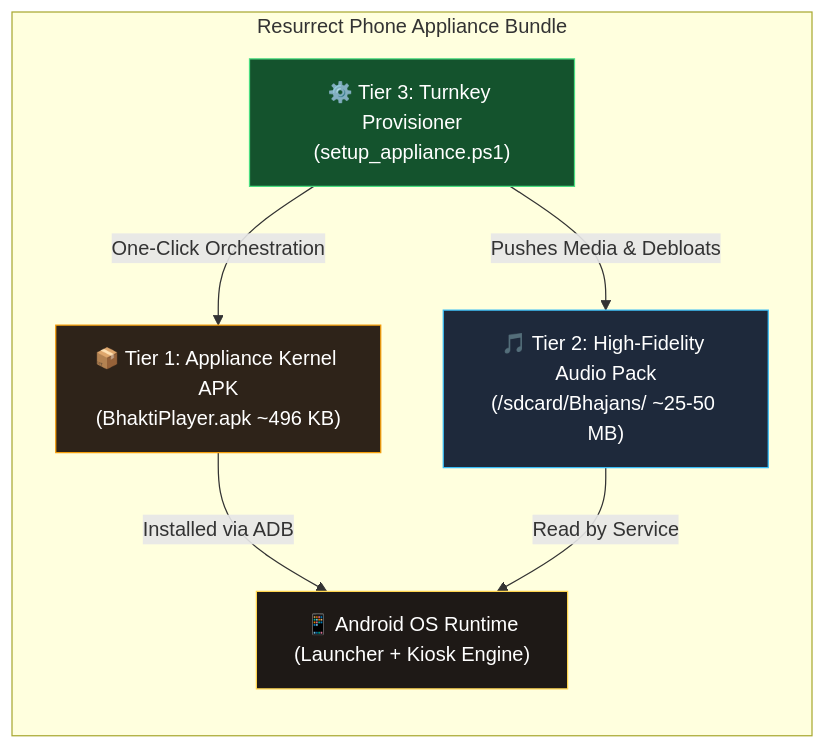
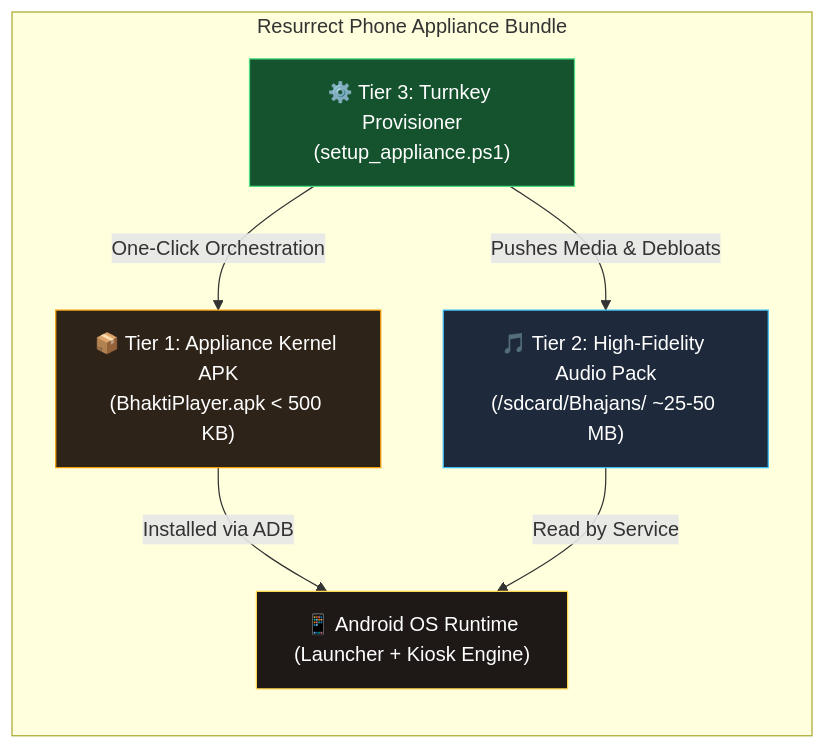
One commit to SGajjar24/resurrect-phone changed the second of 3 diagrams in README.md. Above: the diagram before and after it, drawn with Mermaid. The commit also changed other lines of this file and 2 other files, not shown here.

Commit message:
docs: add comprehensive from-scratch zero-to-appliance guide and interactive onboarding

````diff
--- a/README.md
+++ b/README.md
@@ -51,15 +52,15 @@
 ```mermaid
 flowchart TD
     subgraph "Resurrect Phone Appliance Bundle"
         direction TB
-        A["📦 Tier 1: Appliance Kernel APK<br/>(BhaktiPlayer.apk ~496 KB)"] -->|Installed via ADB| B["📱 Android OS Runtime<br/>(Launcher + Kiosk Engine)"]
+        A["📦 Tier 1: Appliance Kernel APK<br/>(BhaktiPlayer.apk < 500 KB)"] -->|Installed via ADB| B["📱 Android OS Runtime<br/>(Launcher + Kiosk Engine)"]
         C["🎵 Tier 2: High-Fidelity Audio Pack<br/>(/sdcard/Bhajans/ ~25-50 MB)"] -->|Read by Service| B
         D["⚙️ Tier 3: Turnkey Provisioner<br/>(setup_appliance.ps1)"] -->|One-Click Orchestration| A
         D -->|Pushes Media & Debloats| C
     end
 
     style A fill:#2e2319,stroke:#f59e0b,color:#fff
     style B fill:#1e1916,stroke:#ffd54f,color:#fff
     style C fill:#1e293b,stroke:#38bdf8,color:#fff
     style D fill:#14532d,stroke:#4ade80,color:#fff
 ```
````
